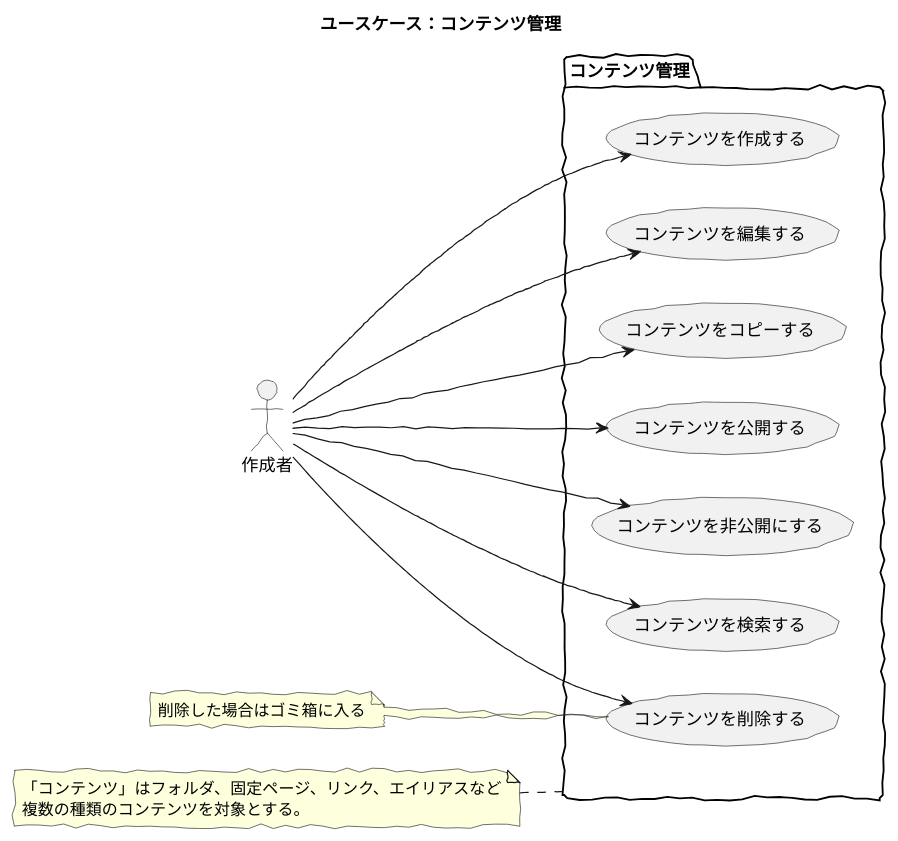
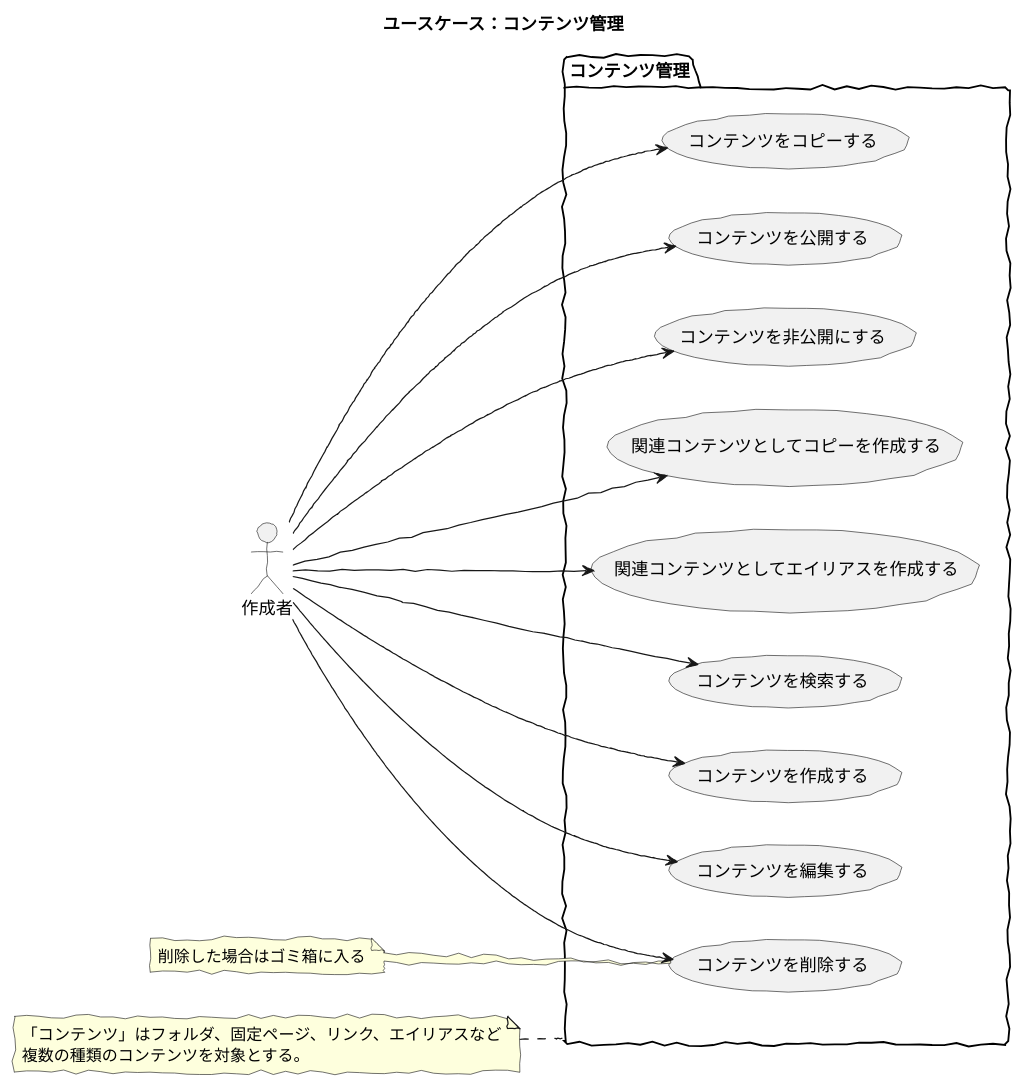
Before and after one commit to baserproject/baserproject.github.io: the diagram in src/puml/5/ucmitz/svg/use_case/contents.puml, drawn with PlantUML. The commit also changed 1 other file, not shown here.

```diff
--- a/src/puml/5/ucmitz/svg/use_case/contents.puml
+++ b/src/puml/5/ucmitz/svg/use_case/contents.puml
@@ -1,29 +1,31 @@
 @startuml
 skinparam handwritten true
 skinparam backgroundColor white
 
 title ユースケース：コンテンツ管理
 
 actor 作成者
 
 package コンテンツ管理 {
 	left to right direction
 	作成者 --> (コンテンツを検索する)
 	作成者 --> (コンテンツを作成する)
 	作成者 --> (コンテンツを編集する)
 	作成者 --> (コンテンツを削除する)
 	作成者 --> (コンテンツをコピーする)
 	作成者 --> (コンテンツを公開する)
 	作成者 --> (コンテンツを非公開にする)
+	作成者 --> (関連コンテンツとしてコピーを作成する)
+	作成者 --> (関連コンテンツとしてエイリアスを作成する)
 }
 
 note left of コンテンツ管理
 「コンテンツ」はフォルダ、固定ページ、リンク、エイリアスなど
 複数の種類のコンテンツを対象とする。
 endnote
 
 note left of (コンテンツを削除する)
 削除した場合はゴミ箱に入る
 endnote
 
 @enduml
```
